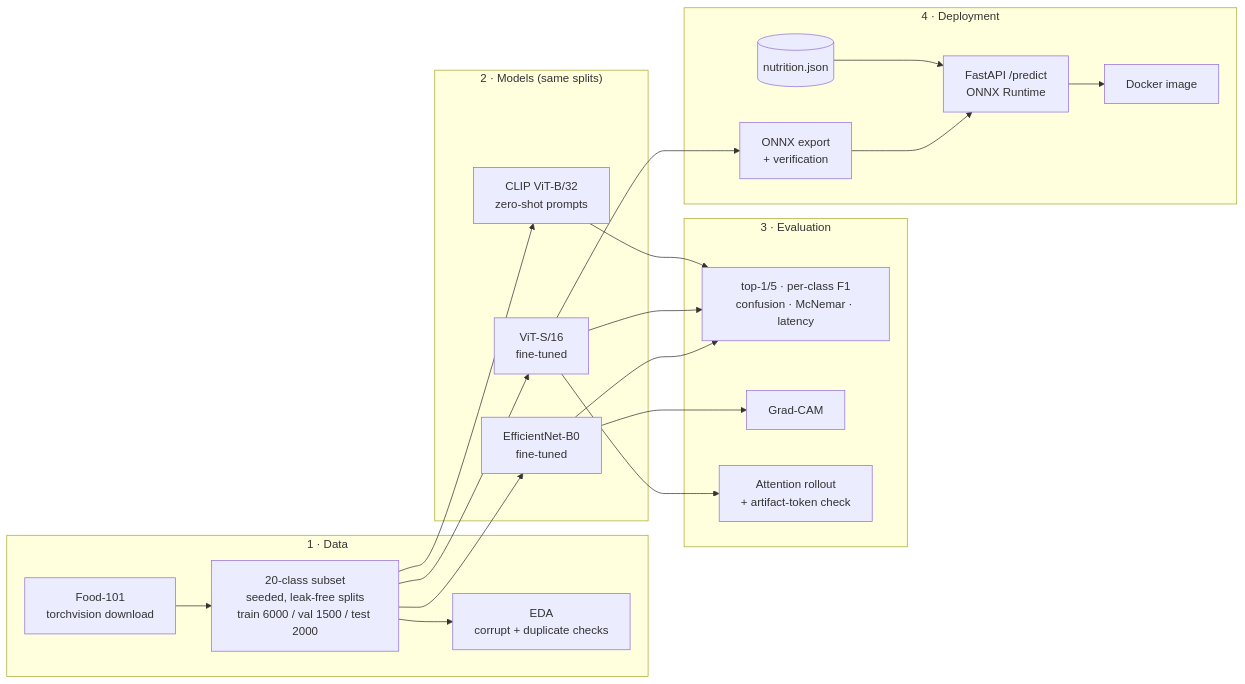
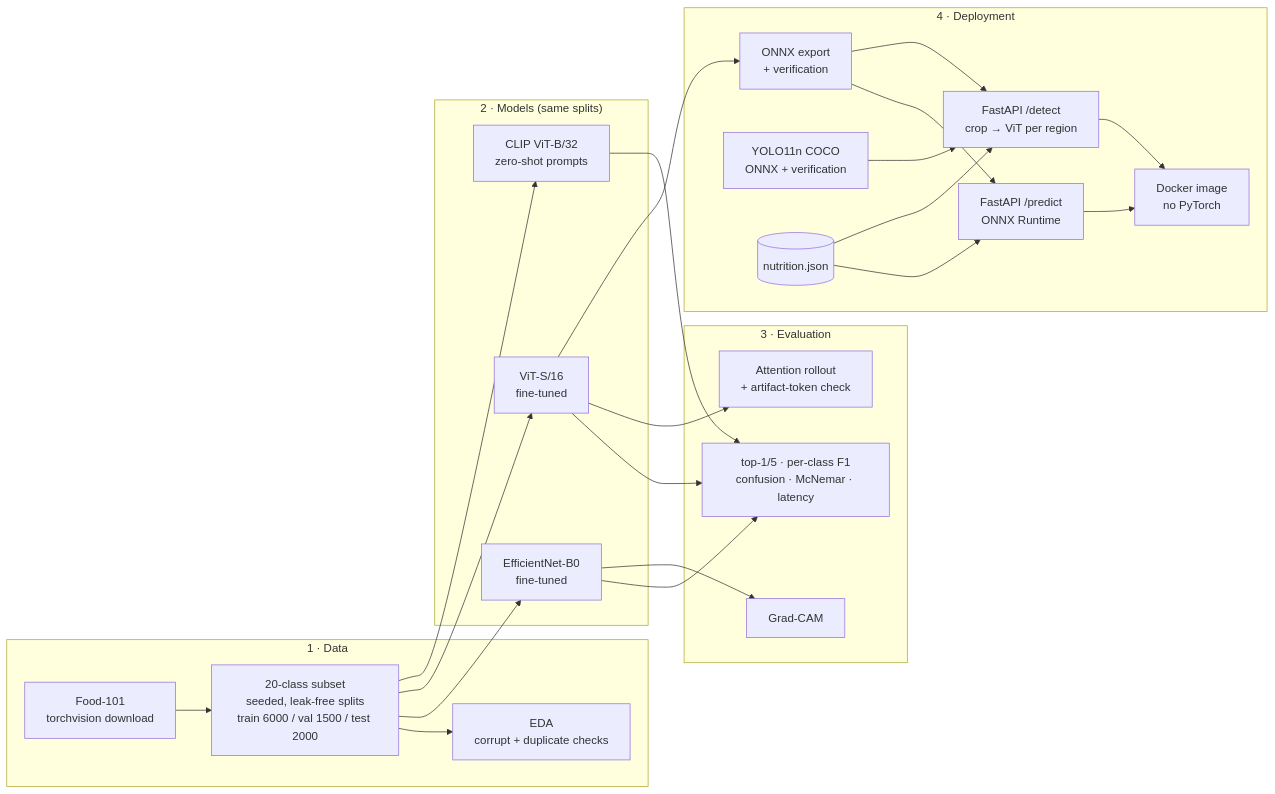
Before and after one commit to samadarsh/food-vision: the diagram in README.md, drawn with Mermaid. The commit also changed other lines of this file and 2 other files, not shown here.

First line of the commit message:
Restructure README: header with badges, demo image, TOC, quick start first

````diff
--- a/README.md
+++ b/README.md
@@ -37,23 +286,25 @@
 ```mermaid
 flowchart LR
     subgraph Data["1 · Data"]
         A[Food-101<br/>torchvision download] --> B[20-class subset<br/>seeded, leak-free splits<br/>train 6000 / val 1500 / test 2000]
         B --> C[EDA<br/>corrupt + duplicate checks]
     end
     subgraph Models["2 · Models (same splits)"]
         B --> D[EfficientNet-B0<br/>fine-tuned]
         B --> E[ViT-S/16<br/>fine-tuned]
         B --> F[CLIP ViT-B/32<br/>zero-shot prompts]
     end
     subgraph Eval["3 · Evaluation"]
         D & E & F --> G[top-1/5 · per-class F1<br/>confusion · McNemar · latency]
         D --> H[Grad-CAM]
         E --> I[Attention rollout<br/>+ artifact-token check]
     end
     subgraph Deploy["4 · Deployment"]
         E --> J[ONNX export<br/>+ verification]
         J --> K[FastAPI /predict<br/>ONNX Runtime]
-        L[(nutrition.json)] --> K
-        K --> M[Docker image]
+        N[YOLO11n COCO<br/>ONNX + verification] --> O[FastAPI /detect<br/>crop → ViT per region]
+        J --> O
+        L[(nutrition.json)] --> K & O
+        K & O --> M[Docker image<br/>no PyTorch]
     end
 ```
````
